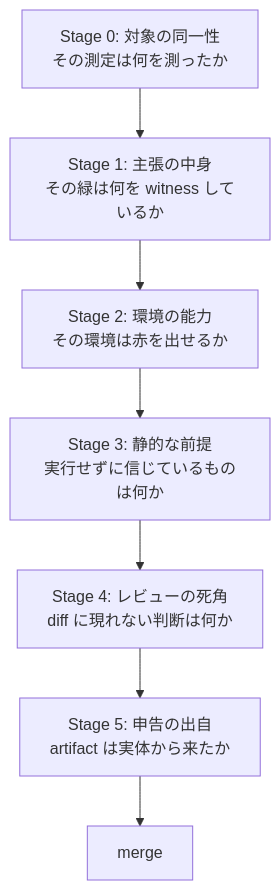
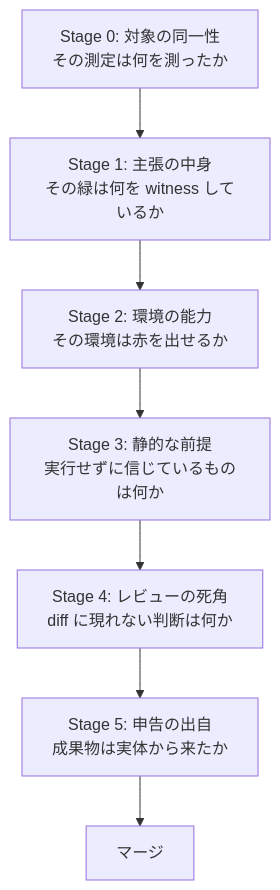
The diagram in docs/verification/index.ja.md (tya5/reyn-knowledge), drawn with Mermaid before and after one commit. The commit also changed other lines of this file and 16 other files, not shown here.

````diff
--- a/docs/verification/index.ja.md
+++ b/docs/verification/index.ja.md
@@ -19,9 +19,9 @@
 ```mermaid
 flowchart TD
     S0["Stage 0: 対象の同一性<br/>その測定は何を測ったか"] --> S1
     S1["Stage 1: 主張の中身<br/>その緑は何を witness しているか"] --> S2
     S2["Stage 2: 環境の能力<br/>その環境は赤を出せるか"] --> S3
     S3["Stage 3: 静的な前提<br/>実行せずに信じているものは何か"] --> S4
     S4["Stage 4: レビューの死角<br/>diff に現れない判断は何か"] --> S5
-    S5["Stage 5: 申告の出自<br/>artifact は実体から来たか"] --> M["merge"]
+    S5["Stage 5: 申告の出自<br/>成果物は実体から来たか"] --> M["マージ"]
 ```
````
